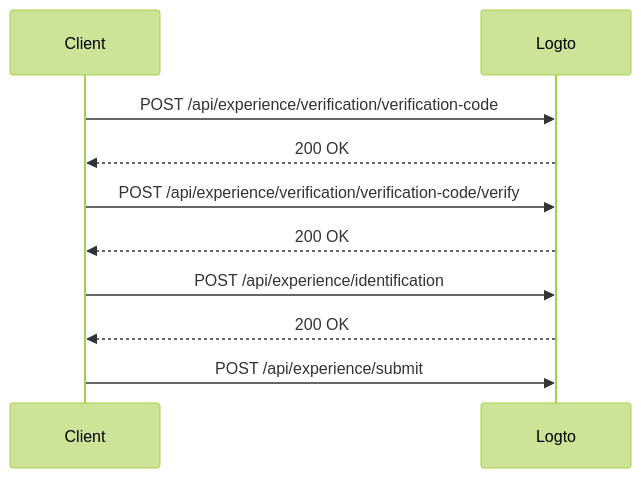
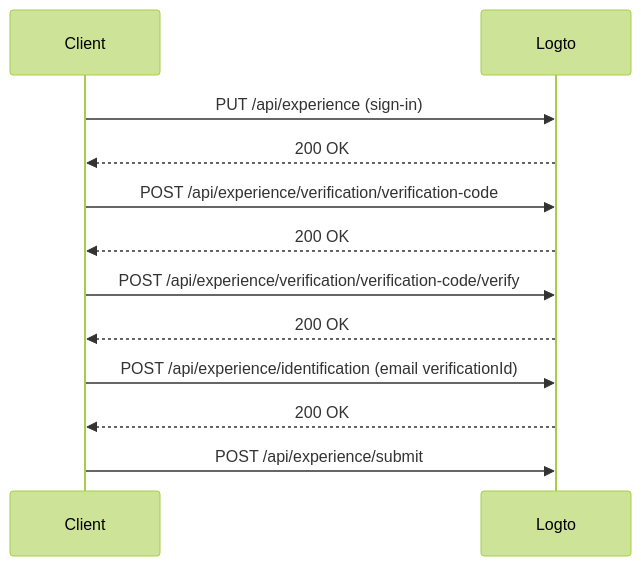
Before and after one commit to logto-io/rfcs: the seventh of 22 diagrams in draft/0004-experience-api.md, drawn with Mermaid (forest theme). The commit also changed other lines of this file, not shown here.

First line of the commit message:
refactor: update experience API rfc

````diff
--- a/draft/0004-experience-api.md
+++ b/draft/0004-experience-api.md
@@ -660,13 +688,15 @@
 ```mermaid
 sequenceDiagram
     participant C as Client
     participant L as Logto
 
+    C->>L: PUT /api/experience (sign-in)
+    L-->>C: 200 OK
     C->>L: POST /api/experience/verification/verification-code
     L-->>C: 200 OK
     C->>L: POST /api/experience/verification/verification-code/verify
     L-->>C: 200 OK
-    C->>L: POST /api/experience/identification
+    C->>L: POST /api/experience/identification (email verificationId)
     L-->>C: 200 OK
-     C->>L: POST /api/experience/submit
+    C->>L: POST /api/experience/submit
 ```
````
